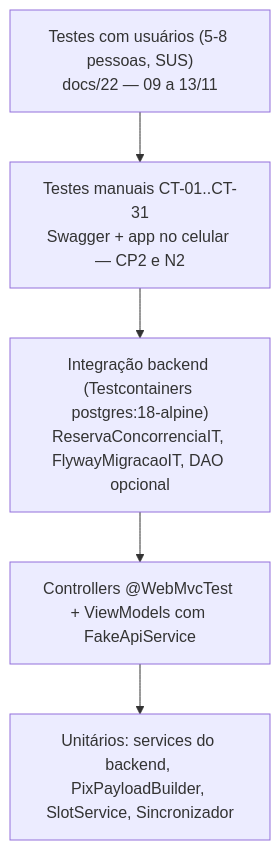
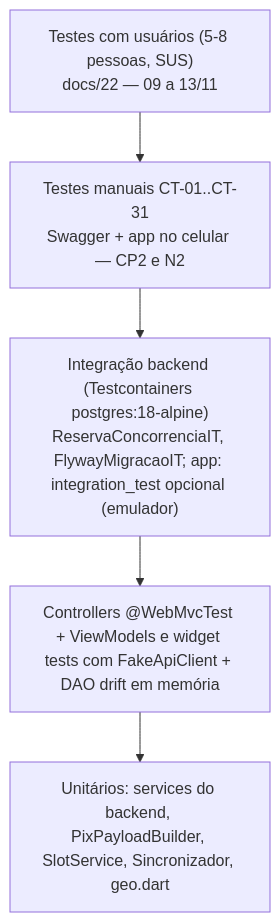
One commit to DEVigodE/so-mais-uma changed the diagram in docs/23-plano-de-testes.md. Above: the diagram before and after it, drawn with Mermaid. The commit also changed other lines of this file and 25 other files, not shown here.

````diff
--- a/docs/23-plano-de-testes.md
+++ b/docs/23-plano-de-testes.md
@@ -7,8 +9,8 @@
 ```mermaid
 flowchart TB
   U["Testes com usuários (5-8 pessoas, SUS)<br/>docs/22 — 09 a 13/11"] --> M
   M["Testes manuais CT-01..CT-31<br/>Swagger + app no celular — CP2 e N2"] --> I
-  I["Integração backend (Testcontainers postgres:18-alpine)<br/>ReservaConcorrenciaIT, FlywayMigracaoIT, DAO opcional"] --> C
-  C["Controllers @WebMvcTest + ViewModels com FakeApiService"] --> S
-  S["Unitários: services do backend, PixPayloadBuilder, SlotService, Sincronizador"]
+  I["Integração backend (Testcontainers postgres:18-alpine)<br/>ReservaConcorrenciaIT, FlywayMigracaoIT; app: integration_test opcional (emulador)"] --> C
+  C["Controllers @WebMvcTest + ViewModels e widget tests com FakeApiClient + DAO drift em memória"] --> S
+  S["Unitários: services do backend, PixPayloadBuilder, SlotService, Sincronizador, geo.dart"]
 ```
````
